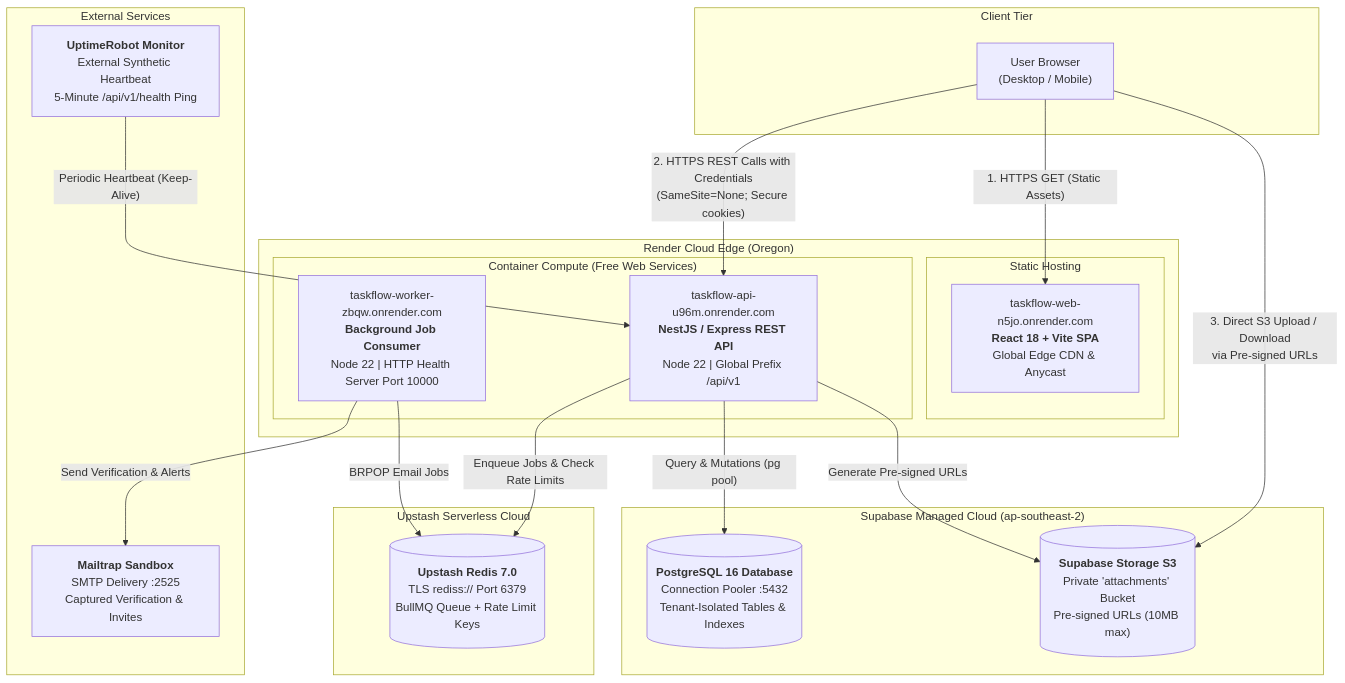
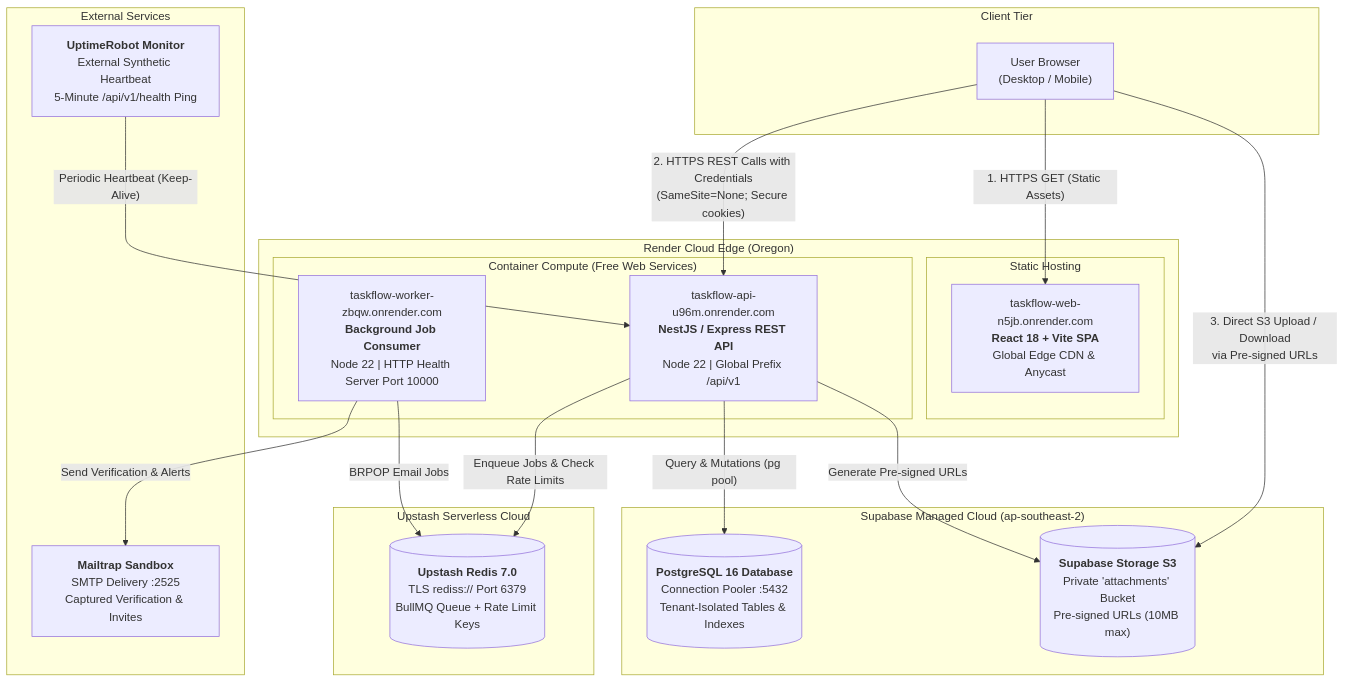
The diagram in docs/architecture.md (sillibilli1/TaskFlow), drawn with Mermaid before and after one commit. The commit also changed 3 other files, not shown here.

````diff
--- a/docs/architecture.md
+++ b/docs/architecture.md
@@ -9,48 +9,48 @@
 ```mermaid
 flowchart TB
     subgraph Clients["Client Tier"]
         Browser["User Browser<br/>(Desktop / Mobile)"]
     end
 
     subgraph Render["Render Cloud Edge (Oregon)"]
         subgraph StaticTier["Static Hosting"]
-            WebSite["taskflow-web-n5jo.onrender.com<br/><b>React 18 + Vite SPA</b><br/>Global Edge CDN & Anycast"]
+            WebSite["taskflow-web-n5jb.onrender.com<br/><b>React 18 + Vite SPA</b><br/>Global Edge CDN & Anycast"]
         end
 
         subgraph ComputeTier["Container Compute (Free Web Services)"]
             APIService["taskflow-api-u96m.onrender.com<br/><b>NestJS / Express REST API</b><br/>Node 22 | Global Prefix /api/v1"]
             WorkerService["taskflow-worker-zbqw.onrender.com<br/><b>Background Job Consumer</b><br/>Node 22 | HTTP Health Server Port 10000"]
         end
     end
 
     subgraph SupabaseCloud["Supabase Managed Cloud (ap-southeast-2)"]
         Postgres[("<b>PostgreSQL 16 Database</b><br/>Connection Pooler :5432<br/>Tenant-Isolated Tables & Indexes")]
         Storage[("<b>Supabase Storage S3</b><br/>Private 'attachments' Bucket<br/>Pre-signed URLs (10MB max)")]
     end
 
     subgraph UpstashCloud["Upstash Serverless Cloud"]
         Redis[("<b>Upstash Redis 7.0</b><br/>TLS rediss:// Port 6379<br/>BullMQ Queue + Rate Limit Keys")]
     end
 
     subgraph ThirdParty["External Services"]
         Mailtrap["<b>Mailtrap Sandbox</b><br/>SMTP Delivery :2525<br/>Captured Verification & Invites"]
         UptimeRobot["<b>UptimeRobot Monitor</b><br/>External Synthetic Heartbeat<br/>5-Minute /api/v1/health Ping"]
     end
 
     %% Client Interactions
     Browser -->|"1. HTTPS GET (Static Assets)"| WebSite
     Browser -->|"2. HTTPS REST Calls with Credentials<br/>(SameSite=None; Secure cookies)"| APIService
     Browser -->|"3. Direct S3 Upload / Download<br/>via Pre-signed URLs"| Storage
 
     %% API Interactions
     APIService -->|"Query & Mutations (pg pool)"| Postgres
     APIService -->|"Enqueue Jobs & Check Rate Limits"| Redis
     APIService -->|"Generate Pre-signed URLs"| Storage
 
     %% Worker Interactions
     WorkerService -->|"BRPOP Email Jobs"| Redis
     WorkerService -->|"Send Verification & Alerts"| Mailtrap
 
     %% Monitoring
     UptimeRobot -->|"Periodic Heartbeat (Keep-Alive)"| APIService
 ```
````
